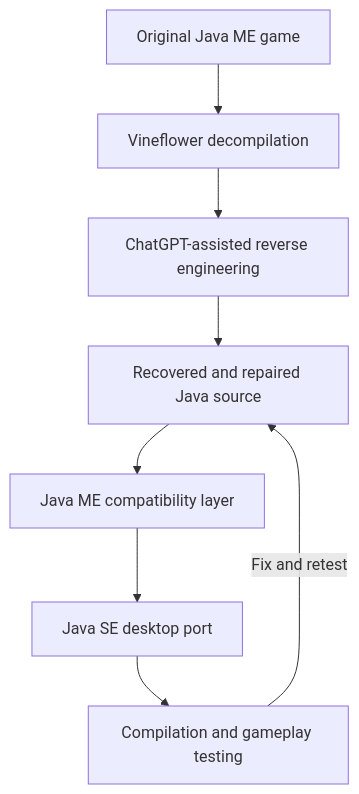
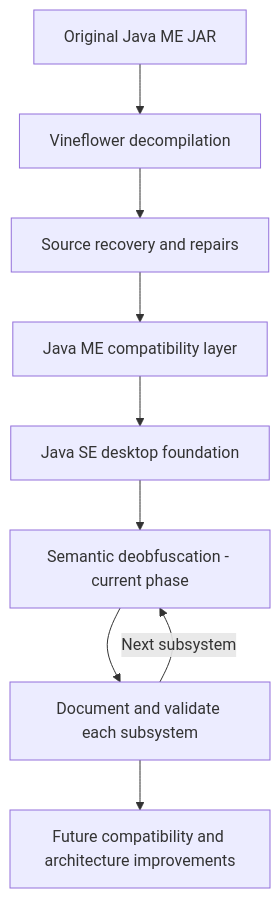
One commit to felipedelosh/PortDrHousePCByLoko changed the first of 2 diagrams in readme.md. Above: the diagram before and after it, drawn with Mermaid. The commit also changed other lines of this file, not shown here.

````diff
--- a/readme.md
+++ b/readme.md
@@ -56,10 +44,11 @@
 ```mermaid
 flowchart TD
-    A[Original Java ME game] --> B[Vineflower decompilation]
-    B --> C[ChatGPT-assisted reverse engineering]
-    C --> D[Recovered and repaired Java source]
-    D --> E[Java ME compatibility layer]
-    E --> F[Java SE desktop port]
-    F --> G[Compilation and gameplay testing]
-    G -->|Fix and retest| D
+    A[Original Java ME JAR] --> B[Vineflower decompilation]
+    B --> C[Source recovery and repairs]
+    C --> D[Java ME compatibility layer]
+    D --> E[Java SE desktop foundation]
+    E --> F[Semantic deobfuscation - current phase]
+    F --> G[Document and validate each subsystem]
+    G -->|Next subsystem| F
+    G --> H[Future compatibility and architecture improvements]
 ```
````
